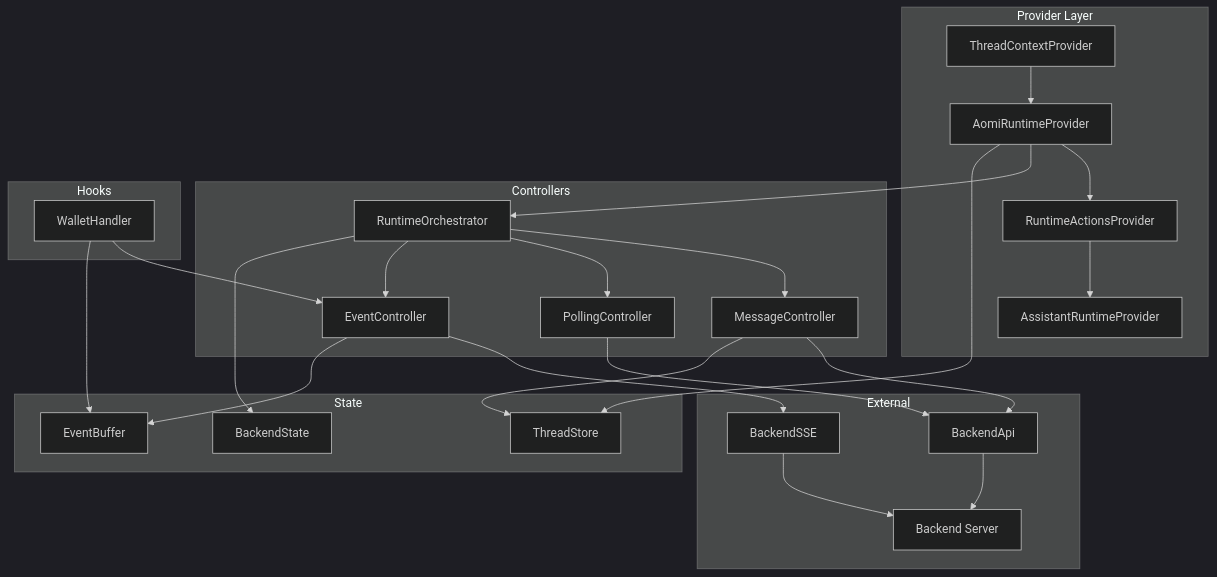
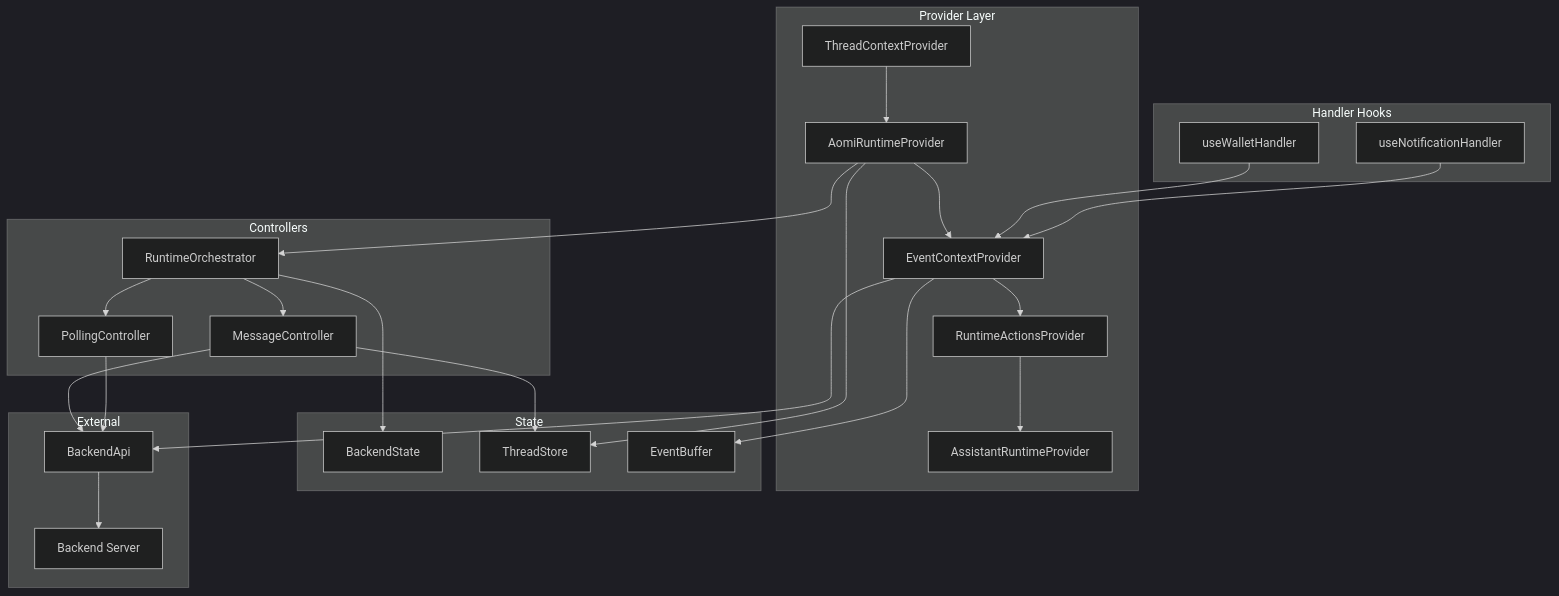
The first of 13 diagrams in specs/RUNTIME-ARCH.md (aomi-labs/aomi-widget), drawn with Mermaid (dark theme) before and after one commit. The commit also changed other lines of this file and 13 other files, not shown here.

````diff
--- a/specs/RUNTIME-ARCH.md
+++ b/specs/RUNTIME-ARCH.md
@@ -13,56 +13,55 @@
 ```mermaid
 graph TB
     subgraph "Provider Layer"
         TCP[ThreadContextProvider]
         ARP[AomiRuntimeProvider]
+        ECP[EventContextProvider]
         RAP[RuntimeActionsProvider]
         ASRP[AssistantRuntimeProvider]
     end
 
     subgraph "Controllers"
         RO[RuntimeOrchestrator]
         MC[MessageController]
         PC[PollingController]
-        EC[EventController]
     end
 
     subgraph "State"
         BS[BackendState]
         TS[ThreadStore]
         EB[EventBuffer]
     end
 
-    subgraph "Hooks"
-        WH[WalletHandler]
+    subgraph "Handler Hooks"
+        WH[useWalletHandler]
+        NH[useNotificationHandler]
     end
 
     subgraph "External"
         API[BackendApi]
-        SSE[BackendSSE]
         BE[Backend Server]
     end
 
     TCP --> ARP
-    ARP --> RAP
+    ARP --> ECP
+    ECP --> RAP
     RAP --> ASRP
 
     ARP --> RO
     RO --> MC
     RO --> PC
-    RO --> EC
     RO --> BS
 
     MC --> API
     PC --> API
     API --> BE
 
-    EC --> SSE
-    EC --> EB
-    SSE --> BE
+    ECP --> EB
+    ECP --> API
 
-    WH --> EC
-    WH --> EB
+    WH --> ECP
+    NH --> ECP
 
     ARP --> TS
     MC --> TS
 ```
````
